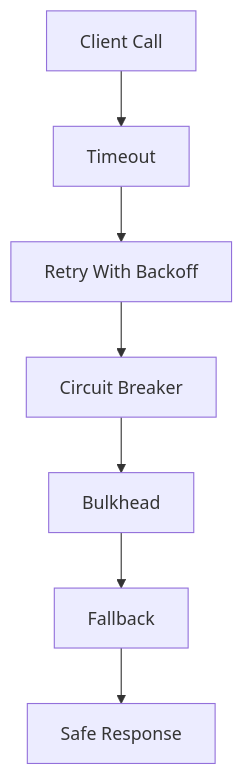
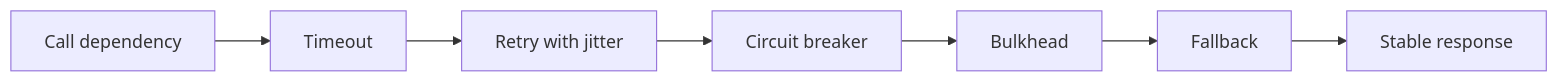
One commit to mthaiseer/springcloud-systemdesign-notes changed diagram 14 of 16 in HLD_NOTES/002_TYPES_OF_INTERVIEWS/000_All_types_quick_reference.md. Above: the diagram before and after it, drawn with Mermaid. The commit also changed other lines of this file and 1 other file, not shown here.

````diff
--- a/HLD_NOTES/002_TYPES_OF_INTERVIEWS/000_All_types_quick_reference.md
+++ b/HLD_NOTES/002_TYPES_OF_INTERVIEWS/000_All_types_quick_reference.md
@@ -1002,9 +1757,16 @@
 ```mermaid
-flowchart TD
-  A[Client Call] --> B[Timeout]
-  B --> C[Retry With Backoff]
-  C --> D[Circuit Breaker]
-  D --> E[Bulkhead]
-  E --> F[Fallback]
-  F --> G[Safe Response]
+flowchart LR
+  A[Call dependency]
+  B[Timeout]
+  C[Retry with jitter]
+  D[Circuit breaker]
+  E[Bulkhead]
+  F[Fallback]
+  G[Stable response]
+  A --> B
+  B --> C
+  C --> D
+  D --> E
+  E --> F
+  F --> G
 ```
````
